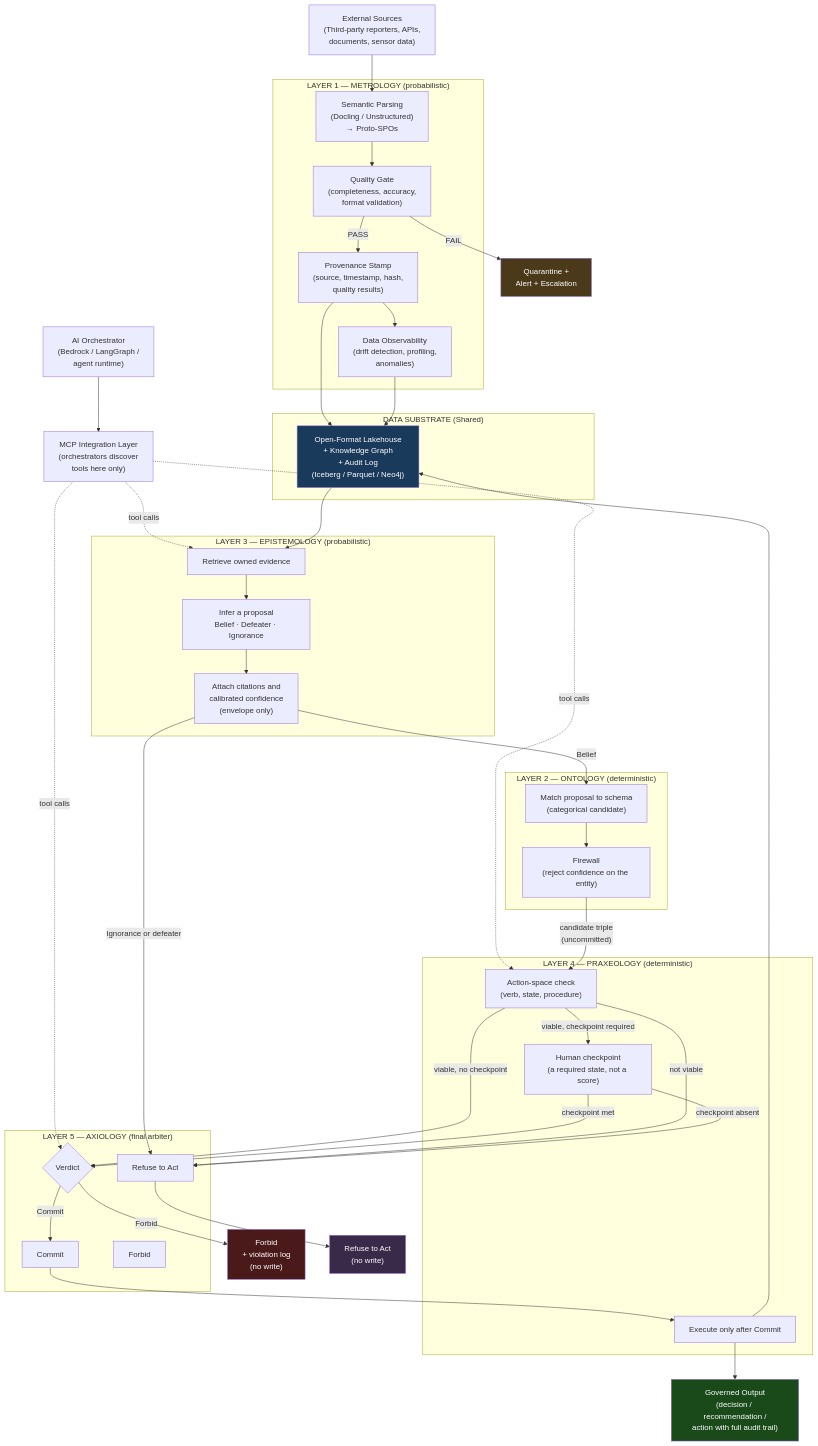
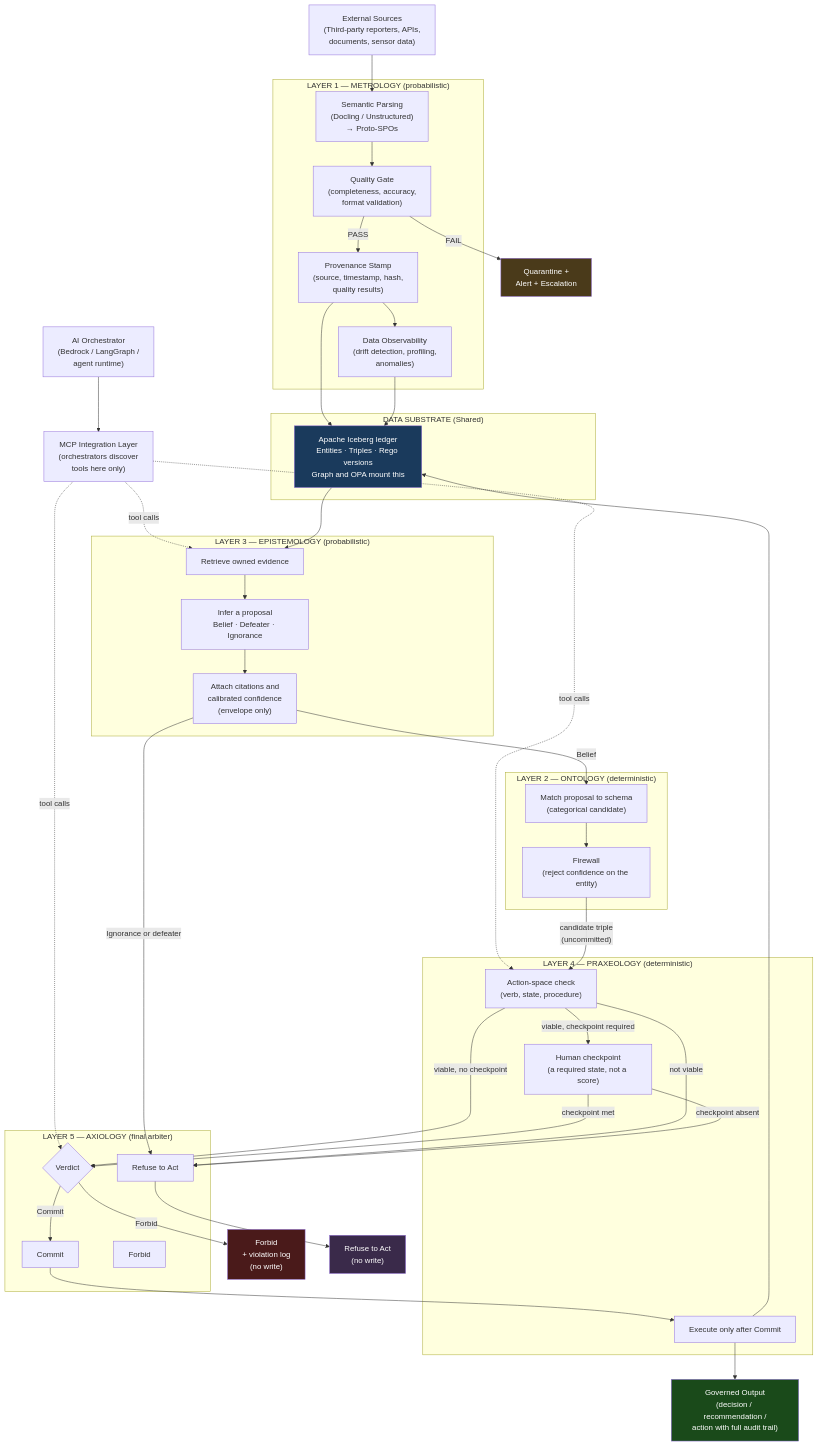
Before and after one commit to PhilipAsiala/philosophical-ai-architecture: the diagram in diagrams/information-flow.md, drawn with Mermaid. The commit also changed 26 other files, not shown here.

```diff
--- a/diagrams/information-flow.md
+++ b/diagrams/information-flow.md
@@ -22,7 +22,7 @@
     MCP["MCP Integration Layer\n(orchestrators discover\ntools here only)"]
 
     subgraph SUB["DATA SUBSTRATE (Shared)"]
-        DS["Open-Format Lakehouse\n+ Knowledge Graph\n+ Audit Log\n(Iceberg / Parquet / Neo4j)"]
+        DS["Apache Iceberg ledger\nEntities · Triples · Rego versions\nGraph and OPA mount this"]
     end
 
     subgraph O["LAYER 2 — ONTOLOGY (deterministic)"]
```
